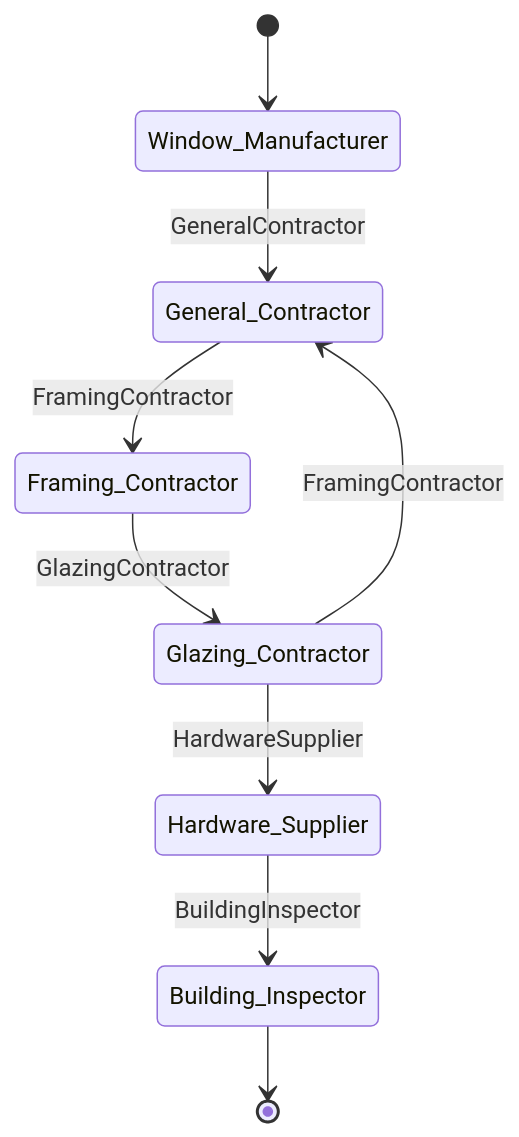
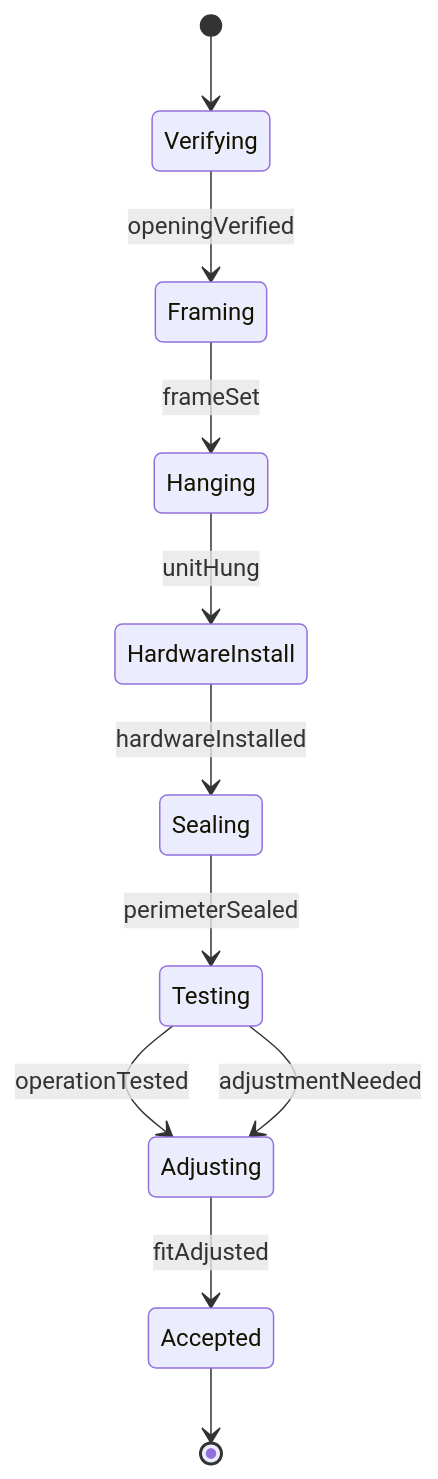
The second of 4 diagrams in HandlingAndMovingObjects/BuildStructures/InstallDoorsWindows.mdx (dot-org-ai/tasks.org.ai), drawn with Mermaid before and after one commit. The commit also changed other lines of this file and 515 other files, not shown here.

````diff
--- a/HandlingAndMovingObjects/BuildStructures/InstallDoorsWindows.mdx
+++ b/HandlingAndMovingObjects/BuildStructures/InstallDoorsWindows.mdx
@@ -101,11 +99,13 @@
 ```mermaid
 stateDiagram-v2
-    [*] --> Window_Manufacturer
-    Window_Manufacturer --> General_Contractor: GeneralContractor
-    General_Contractor --> Framing_Contractor: FramingContractor
-    Framing_Contractor --> Glazing_Contractor: GlazingContractor
-    Glazing_Contractor --> Hardware_Supplier: HardwareSupplier
-    Hardware_Supplier --> Building_Inspector: BuildingInspector
-    Glazing_Contractor --> General_Contractor: FramingContractor
-    Building_Inspector --> [*]
+    [*] --> Verifying
+    Verifying --> Framing : openingVerified
+    Framing --> Hanging : frameSet
+    Hanging --> HardwareInstall : unitHung
+    HardwareInstall --> Sealing : hardwareInstalled
+    Sealing --> Testing : perimeterSealed
+    Testing --> Adjusting : operationTested
+    Adjusting --> Accepted : fitAdjusted
+    Testing --> Adjusting : adjustmentNeeded
+    Accepted --> [*]
 ```
````
